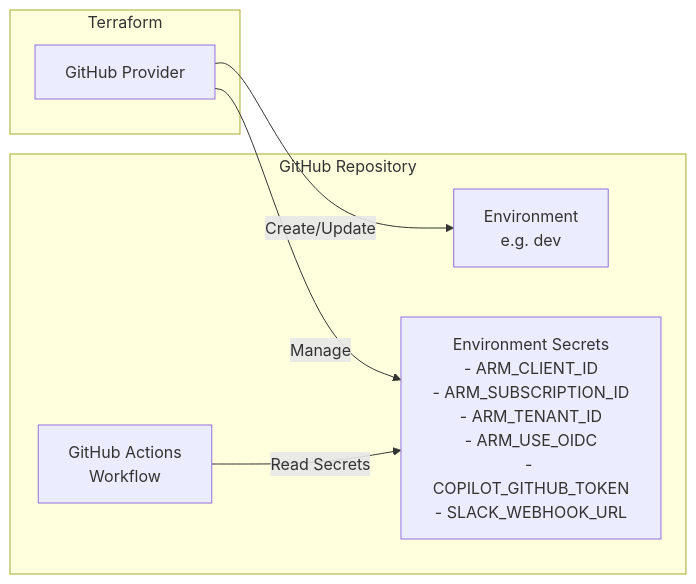
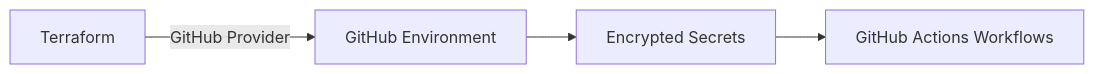
One commit to ks6088ts/template-github-copilot changed the diagram in infra/scenarios/github_secrets/README.md. Above: the diagram before and after it, drawn with Mermaid. The commit also changed other lines of this file and 14 other files, not shown here.

````diff
--- a/infra/scenarios/github_secrets/README.md
+++ b/infra/scenarios/github_secrets/README.md
@@ -11,16 +24,6 @@
 ```mermaid
 flowchart LR
-    subgraph Terraform["Terraform"]
-        TF["GitHub Provider"]
-    end
-
-    subgraph GitHub["GitHub Repository"]
-        ENV["Environment<br/>e.g. dev"]
-        SEC["Environment Secrets<br/>- ARM_CLIENT_ID<br/>- ARM_SUBSCRIPTION_ID<br/>- ARM_TENANT_ID<br/>- ARM_USE_OIDC<br/>- COPILOT_GITHUB_TOKEN<br/>- SLACK_WEBHOOK_URL"]
-        GA["GitHub Actions<br/>Workflow"]
-    end
-
-    TF -->|"Create/Update"| ENV
-    TF -->|"Manage"| SEC
-    GA -->|"Read Secrets"| SEC
+    TF["Terraform"] -- "GitHub Provider" --> ENV["GitHub Environment"]
+    ENV --> SEC["Encrypted Secrets"]
+    SEC --> GA["GitHub Actions Workflows"]
 ```
````
